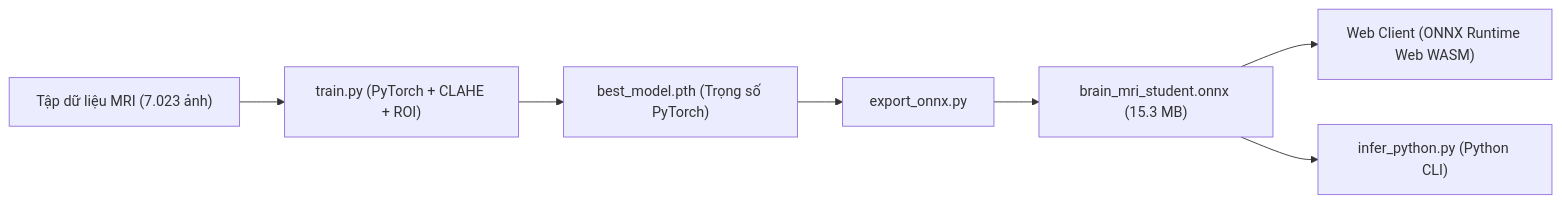
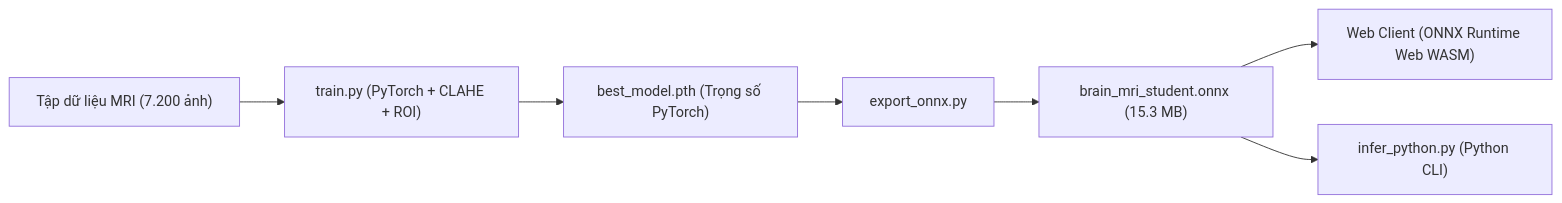
The diagram in ai_engine/README.md (phammanh11/NeuroScanAI), drawn with Mermaid before and after one commit. The commit also changed other lines of this file and 7 other files, not shown here.

````diff
--- a/ai_engine/README.md
+++ b/ai_engine/README.md
@@ -21,9 +28,9 @@
 ```mermaid
 flowchart LR
-    A["Tập dữ liệu MRI (7.023 ảnh)"] --> B["train.py (PyTorch + CLAHE + ROI)"]
+    A["Tập dữ liệu MRI (7.200 ảnh)"] --> B["train.py (PyTorch + CLAHE + ROI)"]
     B --> C["best_model.pth (Trọng số PyTorch)"]
     C --> D["export_onnx.py"]
     D --> E["brain_mri_student.onnx (15.3 MB)"]
     E --> F["Web Client (ONNX Runtime Web WASM)"]
     E --> G["infer_python.py (Python CLI)"]
 ```
````
